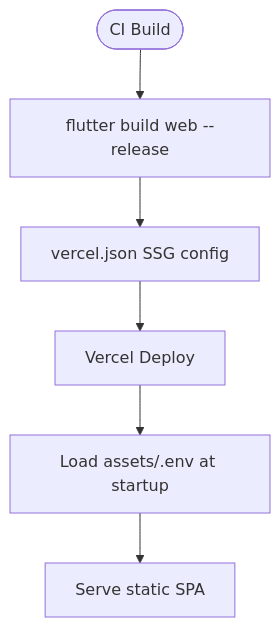
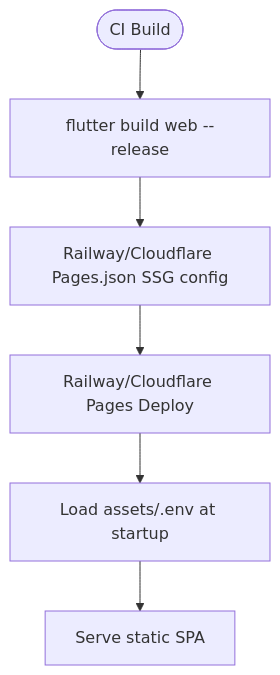
One commit to ARUNTHOMAS3/trans changed the third of 7 diagrams in repowiki/en/content/Deployment & DevOps/Deployment Strategies.md. Above: the diagram before and after it, drawn with Mermaid. The commit also changed other lines of this file and 1490 other files, not shown here.

````diff
--- a/repowiki/en/content/Deployment & DevOps/Deployment Strategies.md
+++ b/repowiki/en/content/Deployment & DevOps/Deployment Strategies.md
@@ -133,8 +133,8 @@
 ```mermaid
 flowchart TD
 Start(["CI Build"]) --> FlutterBuild["flutter build web --release"]
-FlutterBuild --> VercelConfig["vercel.json SSG config"]
-VercelConfig --> Deploy["Vercel Deploy"]
+FlutterBuild --> CloudflarePagesConfig["Railway/Cloudflare Pages.json SSG config"]
+CloudflarePagesConfig --> Deploy["Railway/Cloudflare Pages Deploy"]
 Deploy --> RuntimeEnv["Load assets/.env at startup"]
 RuntimeEnv --> Serve["Serve static SPA"]
 ```
````
